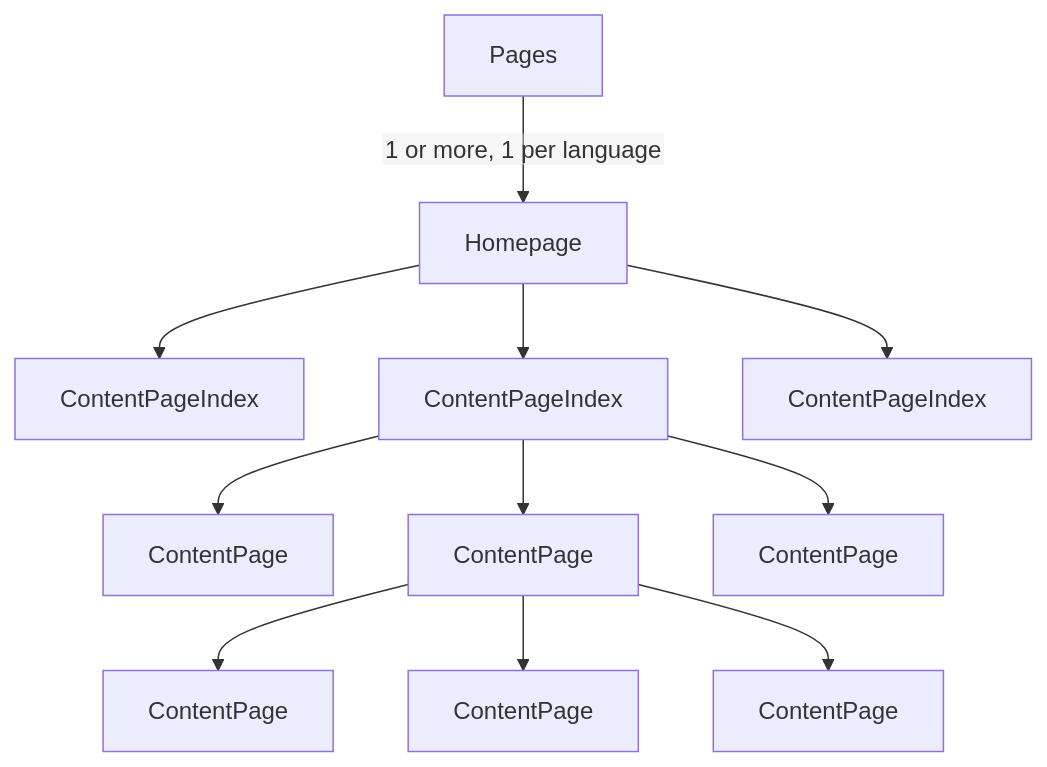
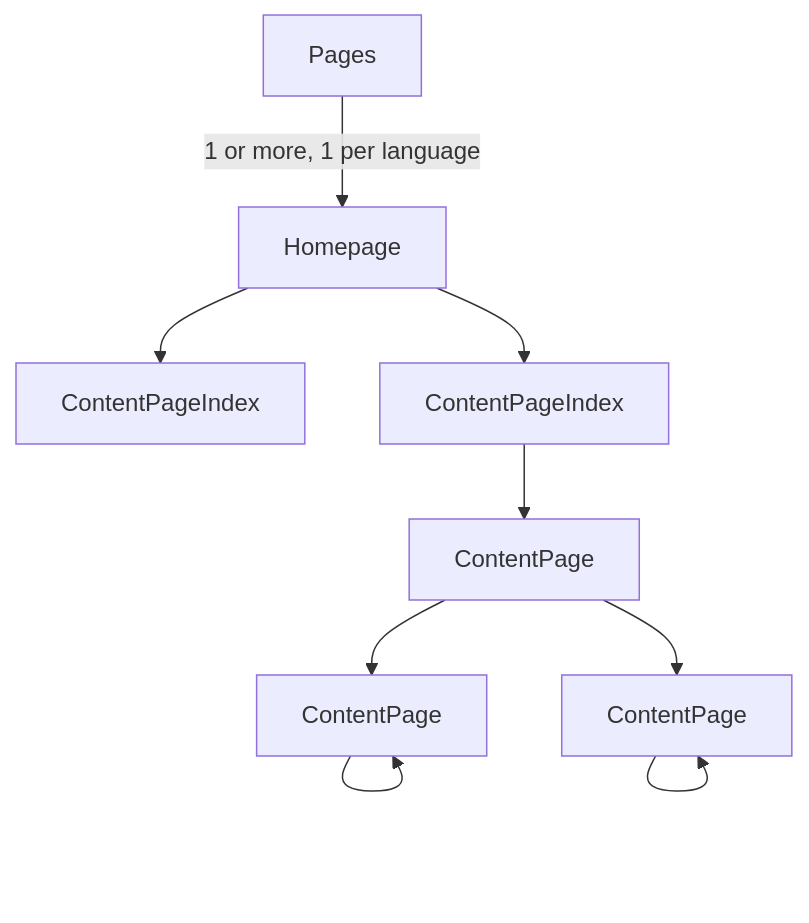
The diagram in home/docs/page_tree_structure.mmd (praekeltfoundation/contentrepo), drawn with Mermaid before and after one commit.

Commit message:
Update to Tree Structure diagram

```diff
--- a/home/docs/page_tree_structure.mmd
+++ b/home/docs/page_tree_structure.mmd
@@ -1,28 +1,18 @@
-
-%%{init: {"flowchart": {"htmlLabels": false}} }%%
 flowchart TD;
-
    ContentPageIndex2["ContentPageIndex"]
-   ContentPageIndex3["ContentPageIndex"]
-
    ContentPage2["ContentPage"]
-   ContentPage3["ContentPage"]
-
-   ContentPageChild["ContentPage"]
+   
    ContentPageChild2["ContentPage"]
    ContentPageChild3["ContentPage"]
-   
    Pages -- "1 or more, 1 per language" --> Homepage
      
-   Homepage  --> ContentPageIndex3
    Homepage  --> ContentPageIndex2
    Homepage  --> ContentPageIndex
    
-   ContentPageIndex3 --> ContentPage
-   ContentPageIndex3 --> ContentPage2
-   ContentPageIndex3 --> ContentPage3
+   ContentPageIndex --> ContentPage2
+     
+   ContentPage2 --> ContentPageChild2
+   ContentPage2 --> ContentPageChild3
 
-   ContentPageChild["ContentPage"]
-   ContentPage3 --> ContentPageChild
-   ContentPage3 --> ContentPageChild2
-   ContentPage3 --> ContentPageChild3
+   ContentPageChild2 --> ContentPageChild2
+   ContentPageChild3 --> ContentPageChild3
```
